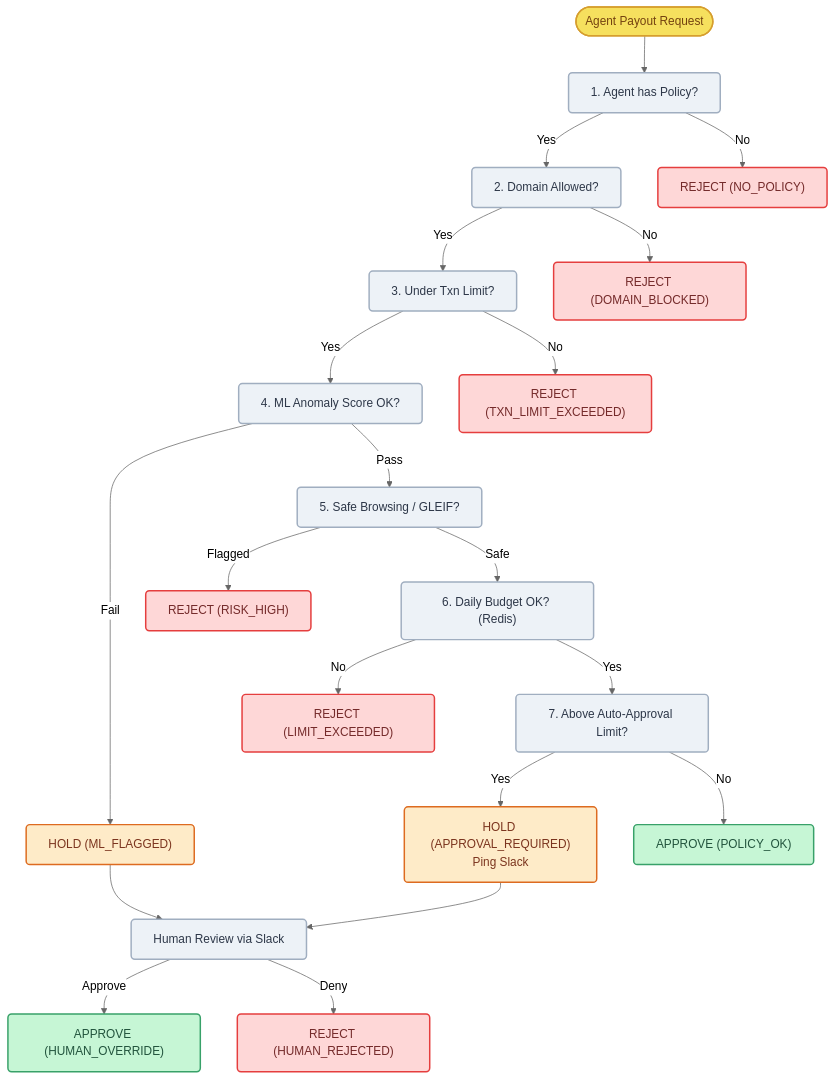
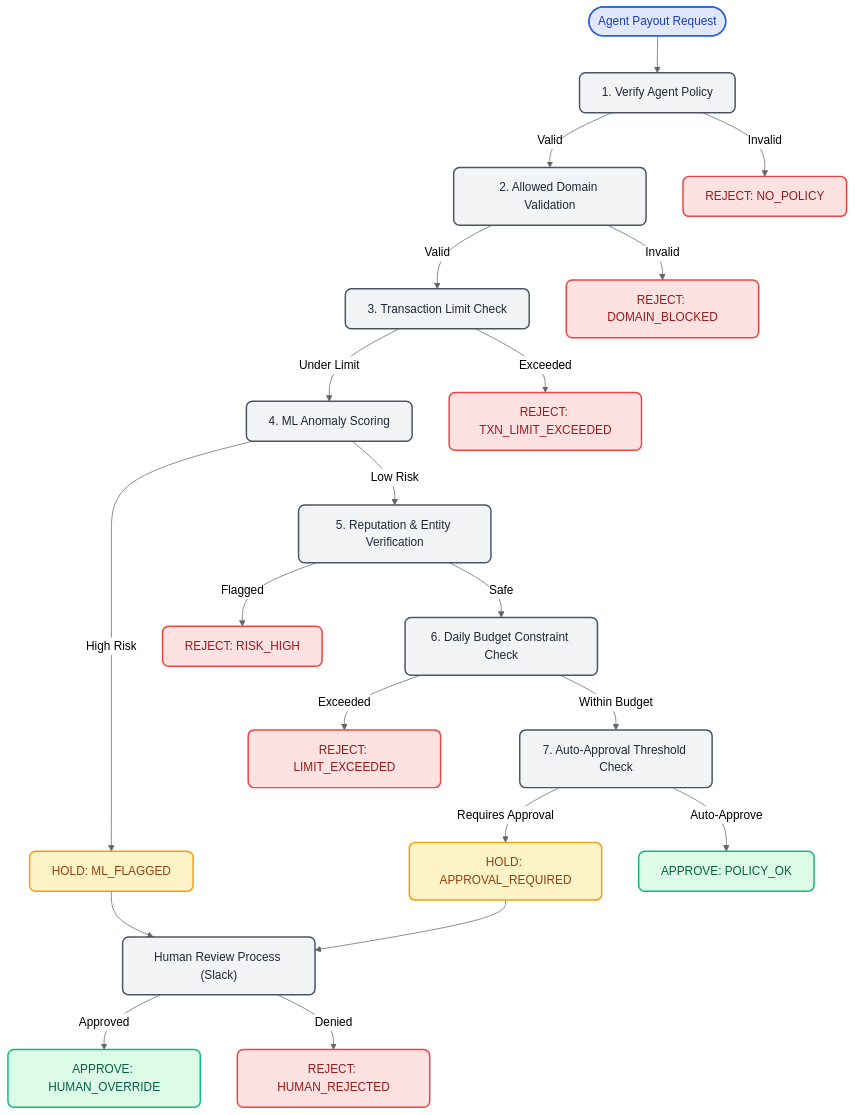
The diagram in docs/system_flow.mmd (guglxni/VyapaarClaw), drawn with Mermaid (neutral theme) before and after one commit. The commit also changed 5 other files, not shown here.

First line of the commit message:
docs: upgrade architecture and flow diagrams to professional grade

```diff
--- a/docs/system_flow.mmd
+++ b/docs/system_flow.mmd
@@ -1,36 +1,38 @@
 flowchart TD
-    %% Styling
-    classDef hook fill:#f6e05e,stroke:#d69e2e,color:#744210,rx:5,ry:5,stroke-width:2px;
-    classDef allow fill:#c6f6d5,stroke:#38a169,color:#22543d,rx:5,ry:5,stroke-width:2px;
-    classDef reject fill:#fed7d7,stroke:#e53e3e,color:#742a2a,rx:5,ry:5,stroke-width:2px;
-    classDef hold fill:#feebc8,stroke:#dd6b20,color:#7b341e,rx:5,ry:5,stroke-width:2px;
-    classDef process fill:#edf2f7,stroke:#a0aec0,color:#2d3748,rx:5,ry:5,stroke-width:2px;
+    %% Professional Flowchart Styling
+    classDef default fill:#FFFFFF,stroke:#333333,stroke-width:2px,color:#333333,font-family:sans-serif;
+    classDef trigger fill:#E0E7FF,stroke:#2563EB,color:#1E40AF,rx:8,ry:8,stroke-width:2px;
+    classDef process fill:#F3F4F6,stroke:#4B5563,color:#1F2937,rx:8,ry:8,stroke-width:2px;
+    classDef allow fill:#DCFCE7,stroke:#10B981,color:#065F46,rx:8,ry:8,stroke-width:2px;
+    classDef reject fill:#FEE2E2,stroke:#EF4444,color:#991B1B,rx:8,ry:8,stroke-width:2px;
+    classDef hold fill:#FEF3C7,stroke:#F59E0B,color:#92400E,rx:8,ry:8,stroke-width:2px;
+    classDef boundary fill:none,stroke:#9CA3AF,stroke-width:2px,stroke-dasharray: 5 5;
 
-    Start(["Agent Payout Request"]):::hook --> CheckPol["1. Agent has Policy?"]:::process
+    Start(["Agent Payout Request"]):::trigger --> CheckPol["1. Verify Agent Policy"]:::process
     
-    CheckPol -- Yes --> CheckDom["2. Domain Allowed?"]:::process
-    CheckPol -- No --> R1["REJECT (NO_POLICY)"]:::reject
+    CheckPol -- "Valid" --> CheckDom["2. Allowed Domain Validation"]:::process
+    CheckPol -- "Invalid" --> R1["REJECT: NO_POLICY"]:::reject
     
-    CheckDom -- Yes --> CheckTxn["3. Under Txn Limit?"]:::process
-    CheckDom -- No --> R2["REJECT (DOMAIN_BLOCKED)"]:::reject
+    CheckDom -- "Valid" --> CheckTxn["3. Transaction Limit Check"]:::process
+    CheckDom -- "Invalid" --> R2["REJECT: DOMAIN_BLOCKED"]:::reject
     
-    CheckTxn -- Yes --> CheckML["4. ML Anomaly Score OK?"]:::process
-    CheckTxn -- No --> R3["REJECT (TXN_LIMIT_EXCEEDED)"]:::reject
+    CheckTxn -- "Under Limit" --> CheckML["4. ML Anomaly Scoring"]:::process
+    CheckTxn -- "Exceeded" --> R3["REJECT: TXN_LIMIT_EXCEEDED"]:::reject
     
-    CheckML -- Pass --> CheckRep["5. Safe Browsing / GLEIF?"]:::process
-    CheckML -- Fail --> H1["HOLD (ML_FLAGGED)"]:::hold
+    CheckML -- "Low Risk" --> CheckRep["5. Reputation & Entity Verification"]:::process
+    CheckML -- "High Risk" --> H1["HOLD: ML_FLAGGED"]:::hold
     
-    CheckRep -- Safe --> CheckDaily["6. Daily Budget OK? (Redis)"]:::process
-    CheckRep -- Flagged --> R4["REJECT (RISK_HIGH)"]:::reject
+    CheckRep -- "Safe" --> CheckDaily["6. Daily Budget Constraint Check"]:::process
+    CheckRep -- "Flagged" --> R4["REJECT: RISK_HIGH"]:::reject
     
-    CheckDaily -- Yes --> CheckApproval["7. Above Auto-Approval Limit?"]:::process
-    CheckDaily -- No --> R5["REJECT (LIMIT_EXCEEDED)"]:::reject
+    CheckDaily -- "Within Budget" --> CheckApproval["7. Auto-Approval Threshold Check"]:::process
+    CheckDaily -- "Exceeded" --> R5["REJECT: LIMIT_EXCEEDED"]:::reject
     
-    CheckApproval -- Yes --> H2["HOLD (APPROVAL_REQUIRED)<br/>Ping Slack"]:::hold
-    CheckApproval -- No --> App1["APPROVE (POLICY_OK)"]:::allow
+    CheckApproval -- "Requires Approval" --> H2["HOLD: APPROVAL_REQUIRED"]:::hold
+    CheckApproval -- "Auto-Approve" --> App1["APPROVE: POLICY_OK"]:::allow
     
-    H1 --> ManualReview["Human Review via Slack"]:::process
+    H1 --> ManualReview["Human Review Process (Slack)"]:::process
     H2 --> ManualReview
     
-    ManualReview -- Approve --> App2["APPROVE (HUMAN_OVERRIDE)"]:::allow
-    ManualReview -- Deny --> R6["REJECT (HUMAN_REJECTED)"]:::reject
+    ManualReview -- "Approved" --> App2["APPROVE: HUMAN_OVERRIDE"]:::allow
+    ManualReview -- "Denied" --> R6["REJECT: HUMAN_REJECTED"]:::reject
```
